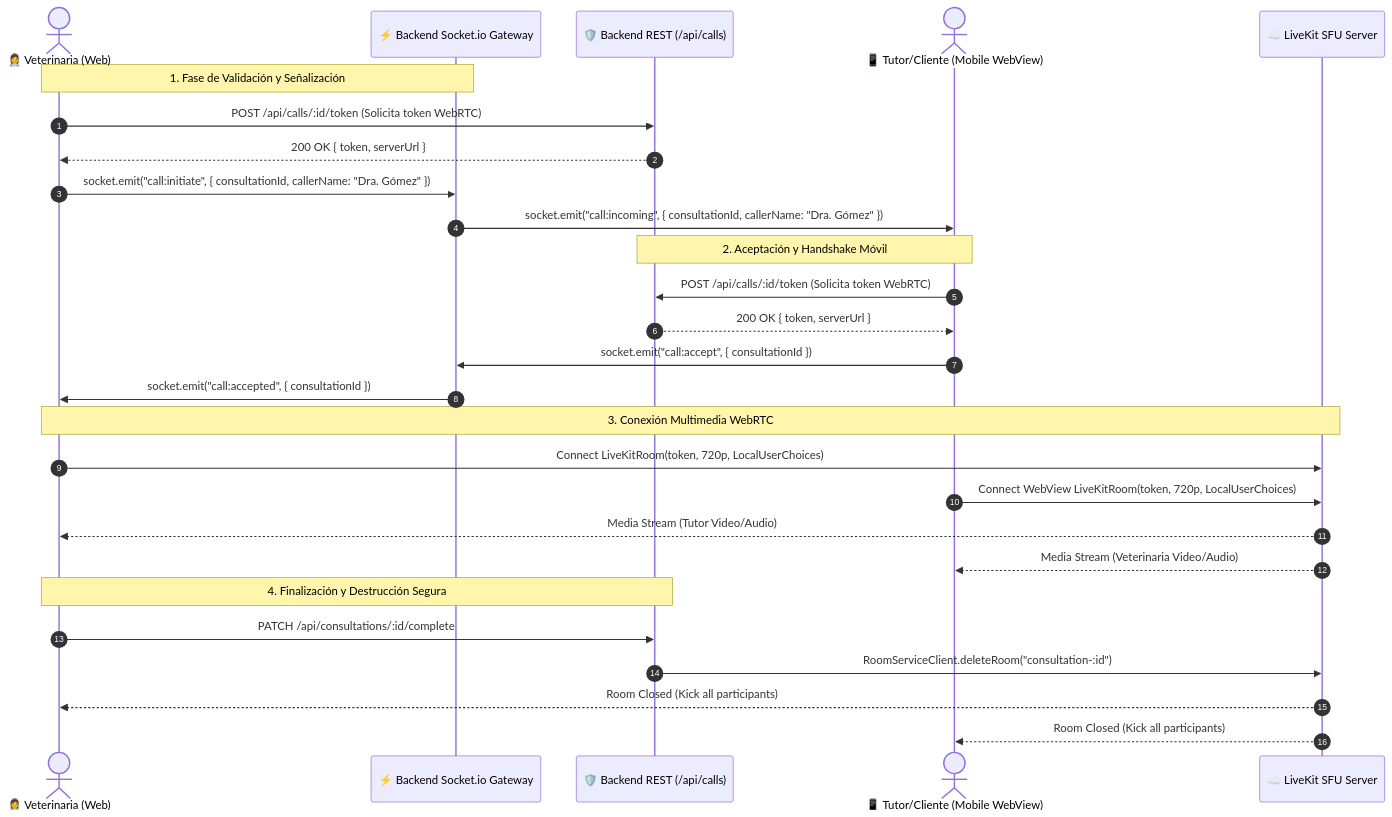
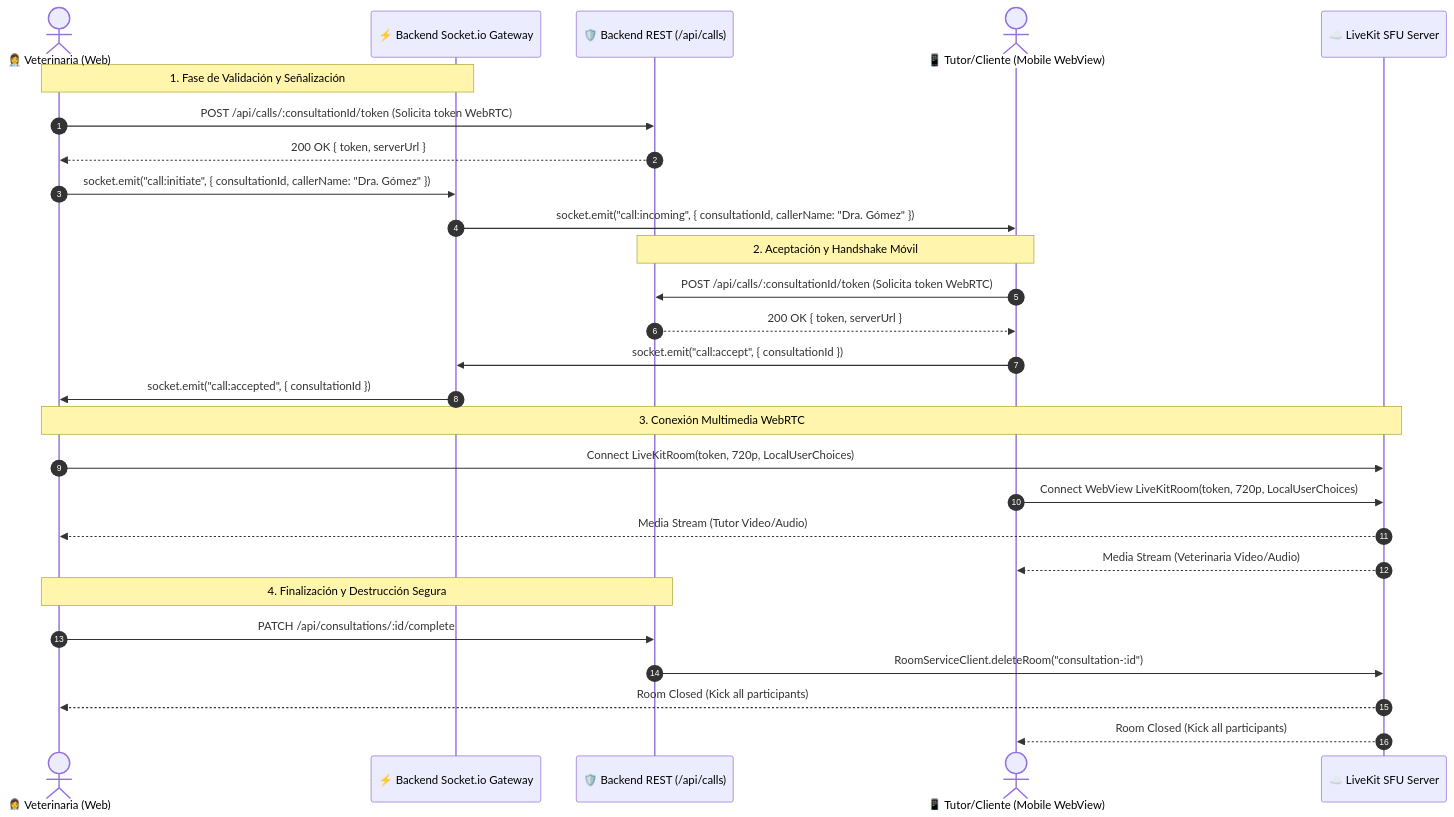
Before and after one commit to grupo-pinnacle/VetConnect: the diagram in docs/LIVEKIT_AUDIT.md, drawn with Mermaid. The commit also changed other lines of this file and 9 other files, not shown here.

Commit message:
fix(docs): standardize calls token endpoint, complete all 24 ADR writeups, harmonize ADR counts, and add SENASA regulatory contingency

````diff
--- a/docs/LIVEKIT_AUDIT.md
+++ b/docs/LIVEKIT_AUDIT.md
@@ -26,33 +26,33 @@
 ```mermaid
 sequenceDiagram
     autonumber
     actor V as 👩‍⚕️ Veterinaria (Web)
     participant GW as ⚡ Backend Socket.io Gateway
     participant API as 🛡️ Backend REST (/api/calls)
     actor C as 📱 Tutor/Cliente (Mobile WebView)
     participant LK as ☁️ LiveKit SFU Server
 
     Note over V,GW: 1. Fase de Validación y Señalización
-    V->>API: POST /api/calls/:id/token (Solicita token WebRTC)
+    V->>API: POST /api/calls/:consultationId/token (Solicita token WebRTC)
     API-->>V: 200 OK { token, serverUrl }
     V->>GW: socket.emit("call:initiate", { consultationId, callerName: "Dra. Gómez" })
     GW->>C: socket.emit("call:incoming", { consultationId, callerName: "Dra. Gómez" })
 
     Note over C,API: 2. Aceptación y Handshake Móvil
-    C->>API: POST /api/calls/:id/token (Solicita token WebRTC)
+    C->>API: POST /api/calls/:consultationId/token (Solicita token WebRTC)
     API-->>C: 200 OK { token, serverUrl }
     C->>GW: socket.emit("call:accept", { consultationId })
     GW->>V: socket.emit("call:accepted", { consultationId })
 
     Note over V,LK: 3. Conexión Multimedia WebRTC
     V->>LK: Connect LiveKitRoom(token, 720p, LocalUserChoices)
     C->>LK: Connect WebView LiveKitRoom(token, 720p, LocalUserChoices)
     LK-->>V: Media Stream (Tutor Video/Audio)
     LK-->>C: Media Stream (Veterinaria Video/Audio)
 
     Note over V,API: 4. Finalización y Destrucción Segura
     V->>API: PATCH /api/consultations/:id/complete
     API->>LK: RoomServiceClient.deleteRoom("consultation-:id")
     LK-->>V: Room Closed (Kick all participants)
     LK-->>C: Room Closed (Kick all participants)
 ```
````
